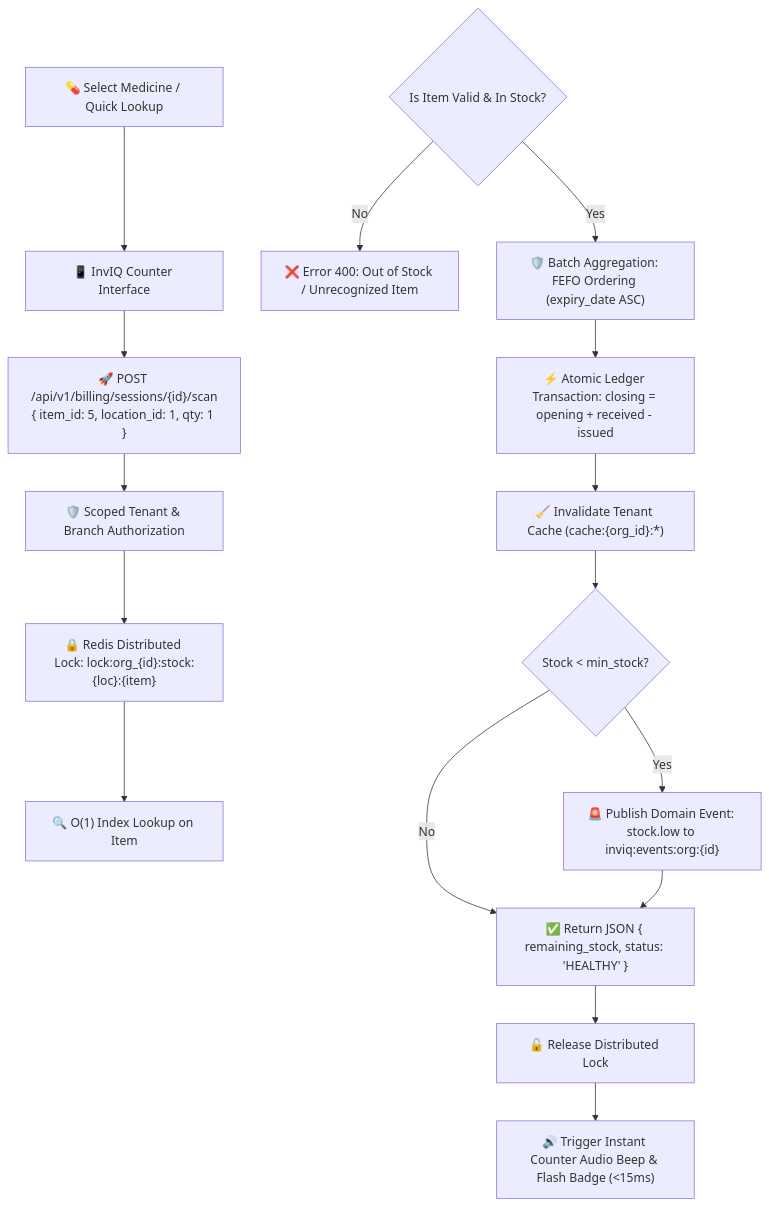
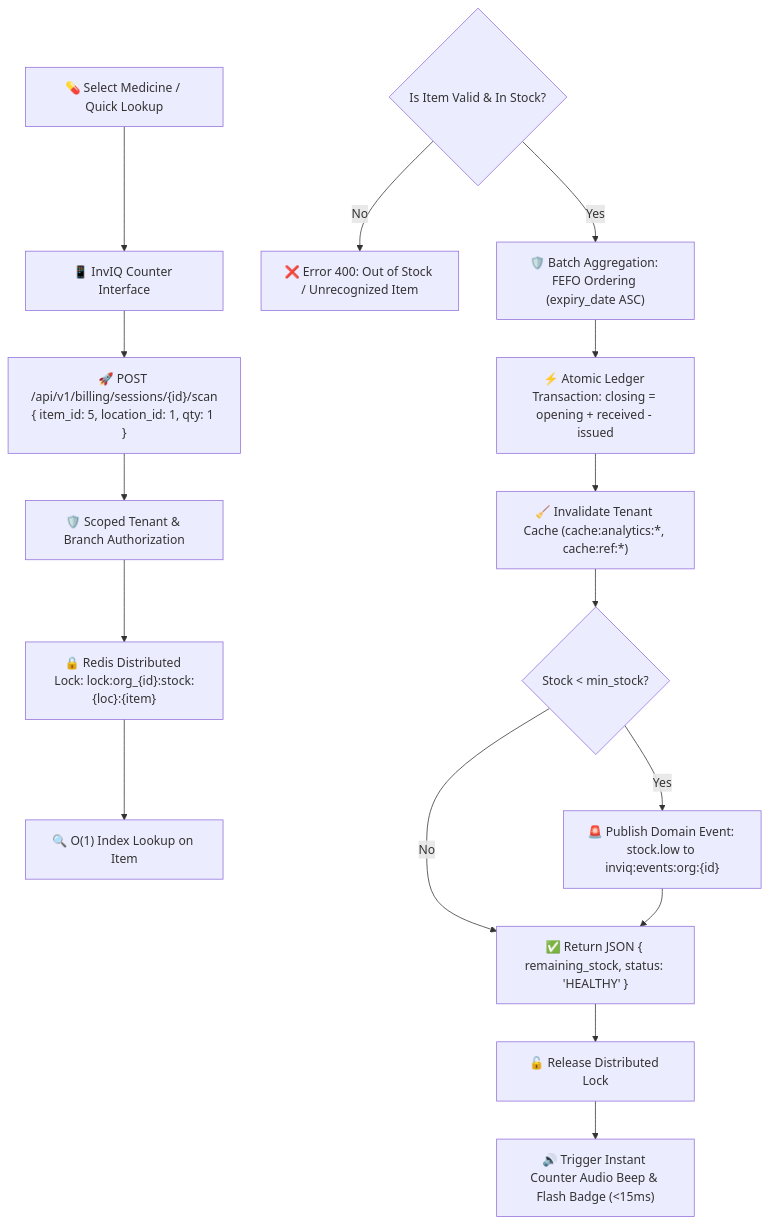
The third of 4 diagrams in README.md (Sayandip05/InvIQ), drawn with Mermaid before and after one commit. The commit also changed other lines of this file and 19 other files, not shown here.

````diff
--- a/README.md
+++ b/README.md
@@ -262,25 +262,25 @@
 ```mermaid
 flowchart TD
     InputItem["💊 Select Medicine / Quick Lookup"] --> Input["📱 InvIQ Counter Interface"]
     Input --> Request["🚀 POST /api/v1/billing/sessions/{id}/scan<br/>{ item_id: 5, location_id: 1, qty: 1 }"]
     
     Request --> Auth["🛡️ Scoped Tenant & Branch Authorization"]
     Auth --> Lock["🔒 Redis Distributed Lock: lock:org_{id}:stock:{loc}:{item}"]
     Lock --> Lookup["🔍 O(1) Index Lookup on Item"]
     
     Check{"Is Item Valid & In Stock?"}
     Check -- No --> Error["❌ Error 400: Out of Stock / Unrecognized Item"]
     
     Check -- Yes --> FEFO["🛡️ Batch Aggregation: FEFO Ordering (expiry_date ASC)"]
     FEFO --> Atomic["⚡ Atomic Ledger Transaction: closing = opening + received - issued"]
     
-    Atomic --> Cache["🧹 Invalidate Tenant Cache (cache:{org_id}:*)"]
+    Atomic --> Cache["🧹 Invalidate Tenant Cache (cache:analytics:*, cache:ref:*)"]
     Cache --> Threshold{"Stock < min_stock?"}
     
     Threshold -- Yes --> Alert["🚨 Publish Domain Event: stock.low to inviq:events:org:{id}"]
     Threshold -- No --> Resp["✅ Return JSON { remaining_stock, status: 'HEALTHY' }"]
     Alert --> Resp
     
     Resp --> Unlock["🔓 Release Distributed Lock"]
     Unlock --> Audio["🔊 Trigger Instant Counter Audio Beep & Flash Badge (<15ms)"]
 ```
````
